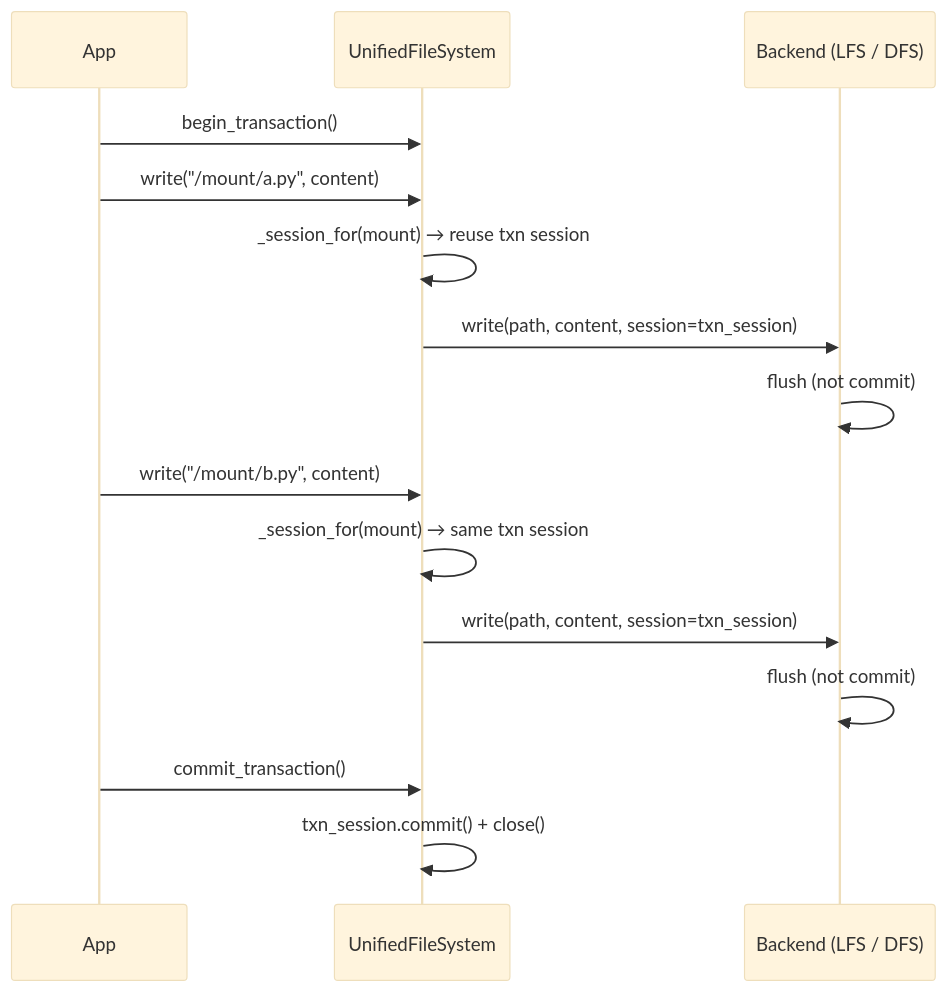
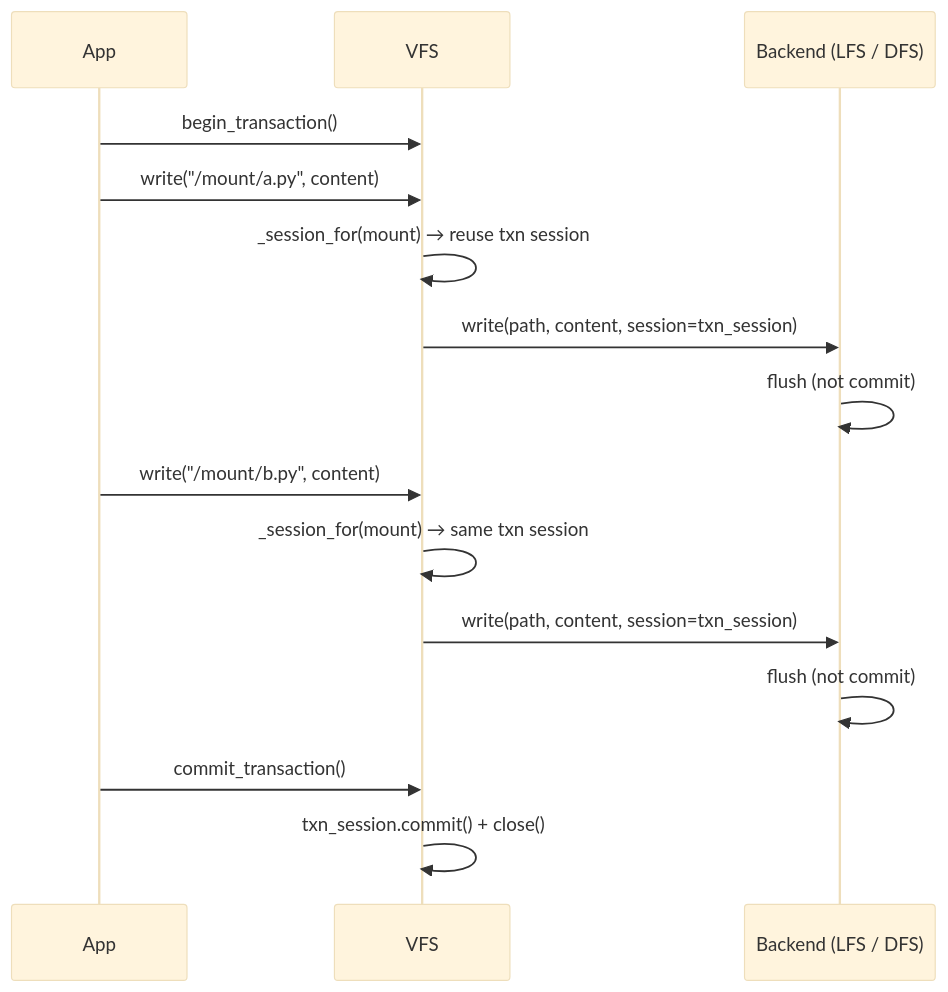
One commit to ClayGendron/grover changed the fifth of 10 diagrams in docs/fs_architecture.md. Above: the diagram before and after it, drawn with Mermaid (base theme). The commit also changed other lines of this file and 17 other files, not shown here.

First line of the commit message:
Clean up session management, rename UnifiedFileSystem → VFS

````diff
--- a/docs/fs_architecture.md
+++ b/docs/fs_architecture.md
@@ -245,21 +239,21 @@
 ```mermaid
 sequenceDiagram
     participant App
-    participant UFS as UnifiedFileSystem
+    participant UFS as VFS
     participant Backend as Backend (LFS / DFS)
 
     App->>UFS: begin_transaction()
 
     App->>UFS: write("/mount/a.py", content)
     UFS->>UFS: _session_for(mount) → reuse txn session
     UFS->>Backend: write(path, content, session=txn_session)
     Backend->>Backend: flush (not commit)
 
     App->>UFS: write("/mount/b.py", content)
     UFS->>UFS: _session_for(mount) → same txn session
     UFS->>Backend: write(path, content, session=txn_session)
     Backend->>Backend: flush (not commit)
 
     App->>UFS: commit_transaction()
     UFS->>UFS: txn_session.commit() + close()
 ```
````
